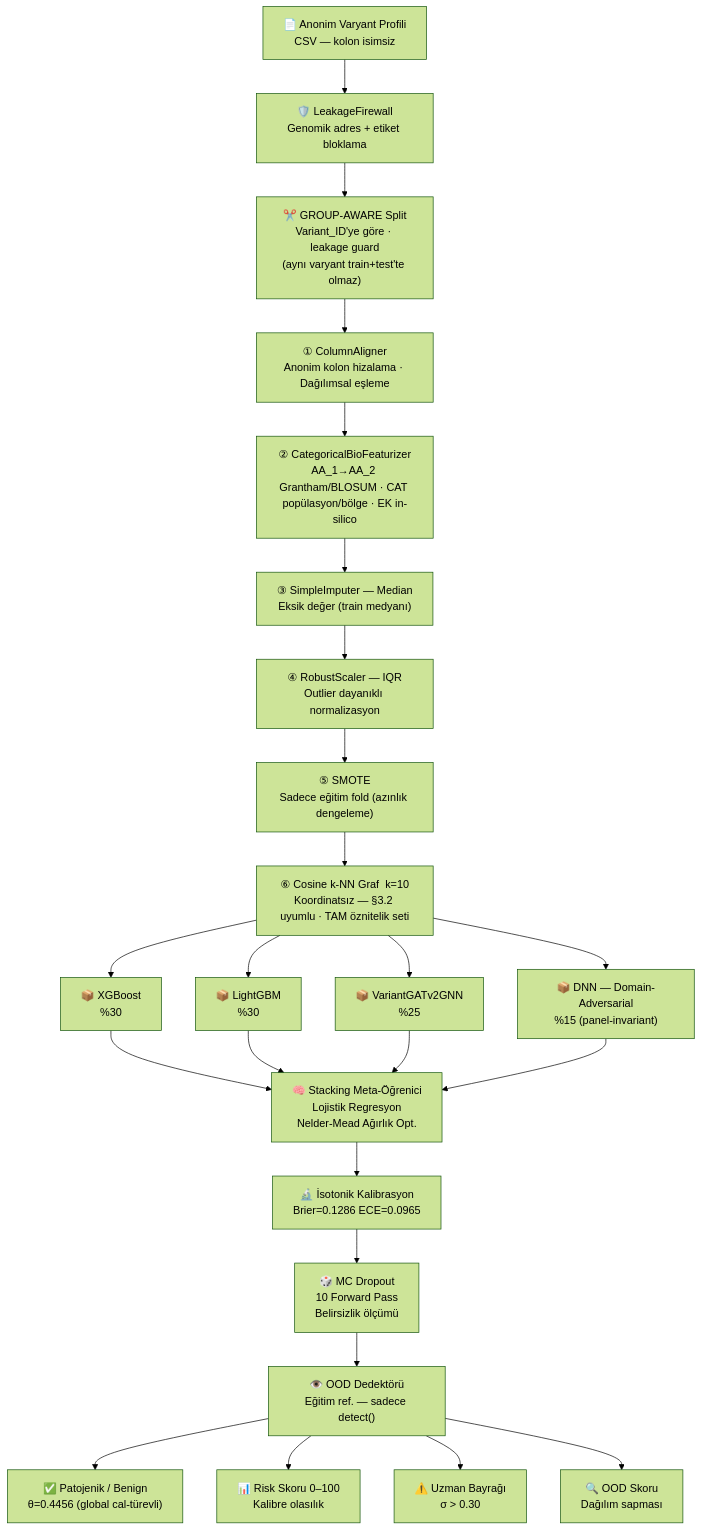
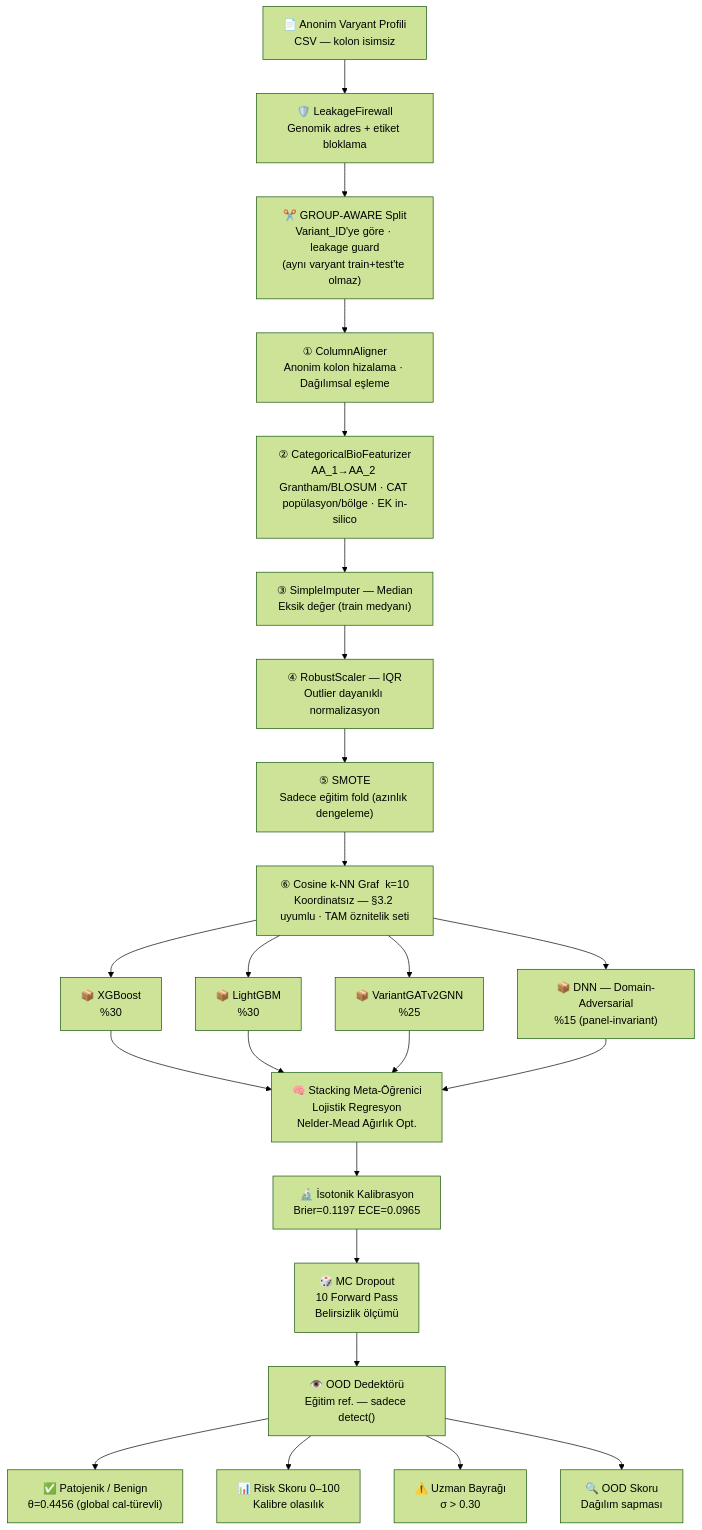
The first of 16 diagrams in README.md (msgxr/VARIANT-GNN), drawn with Mermaid (forest theme) before and after one commit. The commit also changed other lines of this file and 24 other files, not shown here.

````diff
--- a/README.md
+++ b/README.md
@@ -131,33 +131,33 @@
 ```mermaid
 flowchart TD
     A["📄 Anonim Varyant Profili\nCSV — kolon isimsiz"]
 
     A --> LFW["🛡️ LeakageFirewall\nGenomik adres + etiket bloklama"]
 
     LFW --> SPLIT["✂️ GROUP-AWARE Split\nVariant_ID'ye göre · leakage guard\n(aynı varyant train+test'te olmaz)"]
     SPLIT --> P1["① ColumnAligner\nAnonim kolon hizalama · Dağılımsal eşleme"]
     P1  --> P2["② CategoricalBioFeaturizer\nAA_1→AA_2 Grantham/BLOSUM · CAT popülasyon/bölge · EK in-silico"]
     P2  --> P3["③ SimpleImputer — Median\nEksik değer (train medyanı)"]
     P3  --> P4["④ RobustScaler — IQR\nOutlier dayanıklı normalizasyon"]
     P4  --> P6["⑤ SMOTE\nSadece eğitim fold (azınlık dengeleme)"]
     P6  --> P9["⑥ Cosine k-NN Graf  k=10\nKoordinatsız — §3.2 uyumlu · TAM öznitelik seti"]
 
     P9 --> M1["📦 XGBoost\n%30"]
     P9 --> M2["📦 LightGBM\n%30"]
     P9 --> M3["📦 VariantGATv2GNN\n%25"]
     P9 --> M4["📦 DNN — Domain-Adversarial\n%15 (panel-invariant)"]
 
     M1 --> ST["🧠 Stacking Meta-Öğrenici\nLojistik Regresyon\nNelder-Mead Ağırlık Opt."]
     M2 --> ST
     M3 --> ST
     M4 --> ST
 
-    ST --> ISO["🔬 İsotonik Kalibrasyon\nBrier=0.1286  ECE=0.0965"]
+    ST --> ISO["🔬 İsotonik Kalibrasyon\nBrier=0.1197  ECE=0.0965"]
     ISO --> MCD["🎲 MC Dropout\n10 Forward Pass\nBelirsizlik ölçümü"]
     MCD --> OOD["👁️ OOD Dedektörü\nEğitim ref. — sadece detect()"]
 
     OOD --> O1["✅ Patojenik / Benign\nθ=0.4456 (global cal-türevli)"]
     OOD --> O2["📊 Risk Skoru 0–100\nKalibre olasılık"]
     OOD --> O3["⚠️ Uzman Bayrağı\nσ > 0.30"]
     OOD --> O4["🔍 OOD Skoru\nDağılım sapması"]
 ```
````
